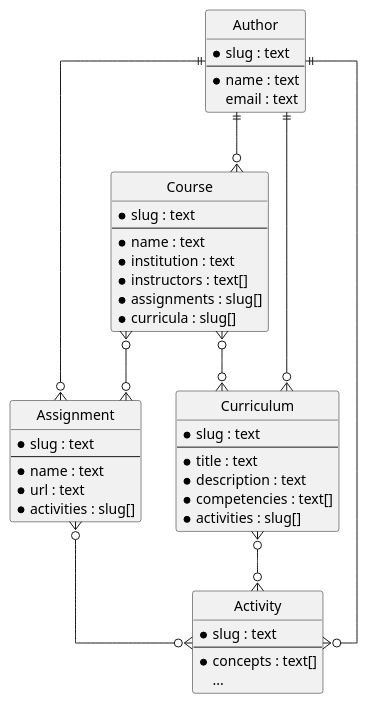
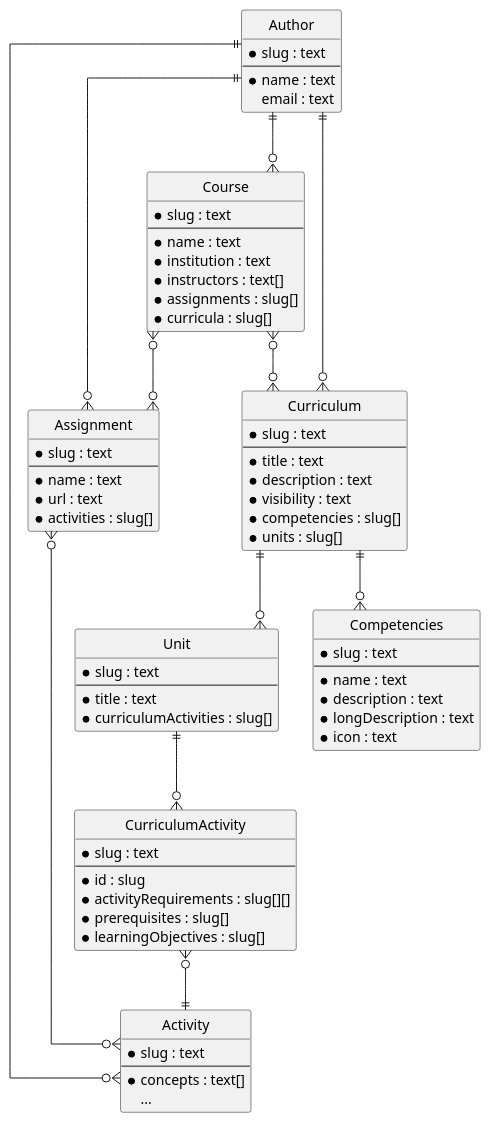
Before and after one commit to LuCEresearchlab/pytamaro-web: the diagram in docs/data-model-er.puml, drawn with PlantUML. The commit also changed 2 other files, not shown here.

Commit message:
Update ER diagram and add curriculum json documentation

```diff
--- a/docs/data-model-er.puml
+++ b/docs/data-model-er.puml
@@ -1,57 +1,87 @@
 @startuml
 ' hide the spot
 hide circle
 
 ' avoid problems with angled crows feet
 skinparam linetype ortho
 
 entity "Author" as author {
   *slug : text
   --
   *name : text
   email : text
 }
 
 entity "Course" as course {
   *slug : text
   --
   *name : text
   *institution : text
   *instructors : text[]
   *assignments : slug[]
   *curricula : slug[]
 }
 entity "Assignment" as assignment {
   *slug : text
   --
   *name : text
   *url : text
   *activities : slug[]
 }
 entity "Curriculum" as curriculum {
   *slug : text
   --
   *title : text
   *description : text
-  *competencies : text[]
-  *activities : slug[]
+  *visibility : text
+  *competencies : slug[]
+  *units : slug[]
+}
+entity "Unit" as unit {
+  *slug : text
+  --
+  *title : text
+  *curriculumActivities : slug[]
+}
+entity "CurriculumActivity" as curriculumactivity {
+  *slug : text
+  --
+  *id : slug
+  *activityRequirements : slug[][]
+  *prerequisites : slug[]
+  *learningObjectives : slug[]
+}
+entity "Competencies" as competencies {
+  *slug : text
+  --
+  *name : text
+  *description : text
+  *longDescription : text
+  *icon : text
 }
 entity "Activity" as activity {
   *slug : text
   --
   ' see https://progmiscon.org/concepts
   *concepts : text[] 
   ...
 }
 
 
 author ||--o{ course
 author ||--o{ assignment
 author ||--o{ curriculum
 author ||--o{ activity
 
 course }o--o{ assignment
 course }o--o{ curriculum
+
 assignment }o--o{ activity
-curriculum }o--o{ activity
+
+curriculum ||--o{ unit
+curriculum ||--o{ competencies
+
+unit ||--o{ curriculumactivity
+
+curriculumactivity }o--|| activity
 @enduml
```
